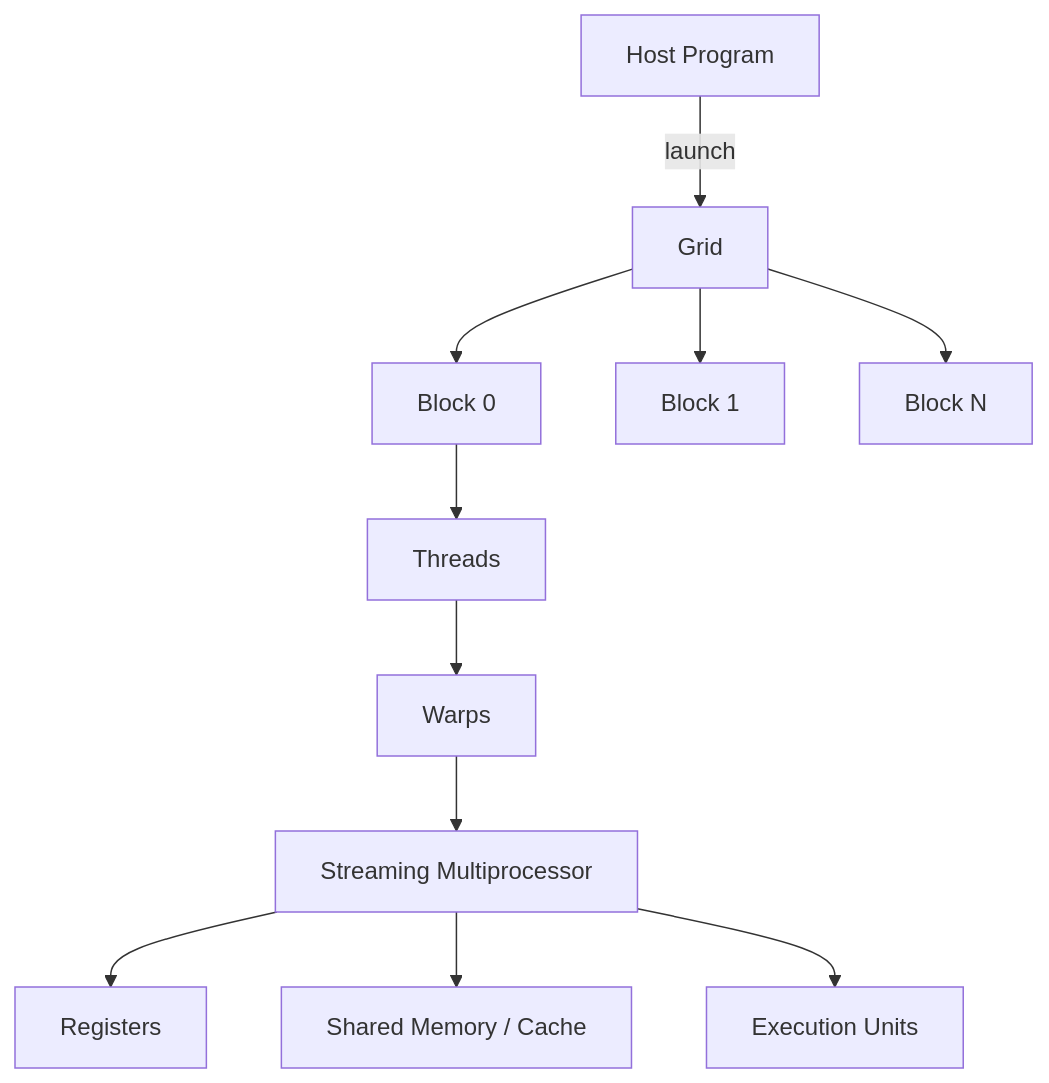
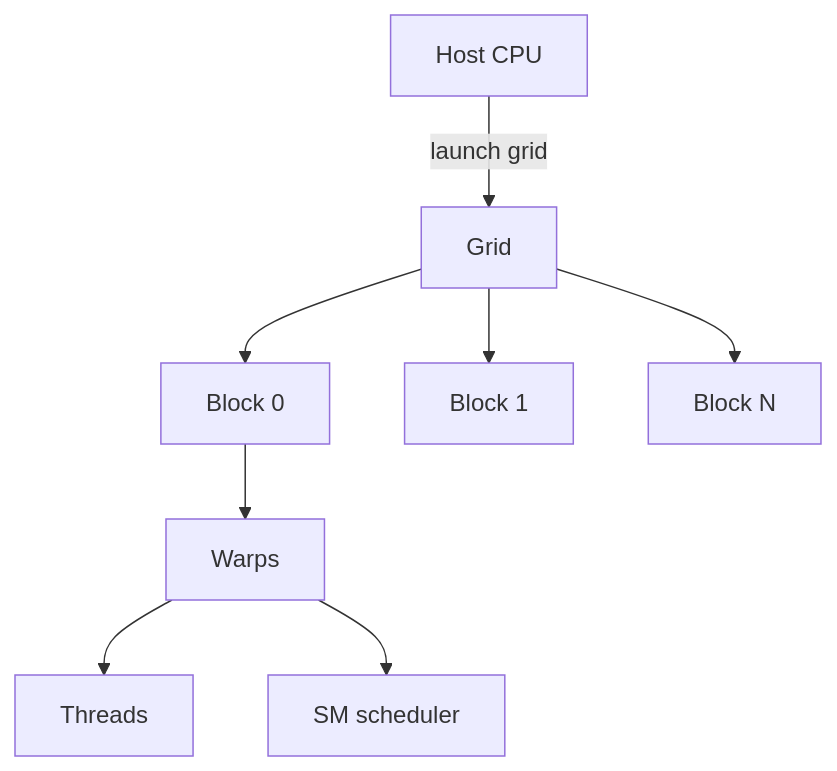
The diagram in docs/devops/cuda-programming-model.md (upJiang/jiang-blog-vitepress), drawn with Mermaid before and after one commit. The commit also changed other lines of this file and 190 other files, not shown here.

````diff
--- a/docs/devops/cuda-programming-model.md
+++ b/docs/devops/cuda-programming-model.md
@@ -37,13 +31,10 @@
 ```mermaid
 flowchart TD
-  H[Host Program] -->|launch| G[Grid]
-  G --> B1[Block 0]
-  G --> B2[Block 1]
+  H[Host CPU] -->|launch grid| G[Grid]
+  G --> B0[Block 0]
+  G --> B1[Block 1]
   G --> BN[Block N]
-  B1 --> T[Threads]
-  T --> W[Warps]
-  W --> SM[Streaming Multiprocessor]
-  SM --> R[Registers]
-  SM --> S[Shared Memory / Cache]
-  SM --> C[Execution Units]
+  B0 --> W0[Warps]
+  W0 --> T[Threads]
+  W0 --> SM[SM scheduler]
 ```
````
